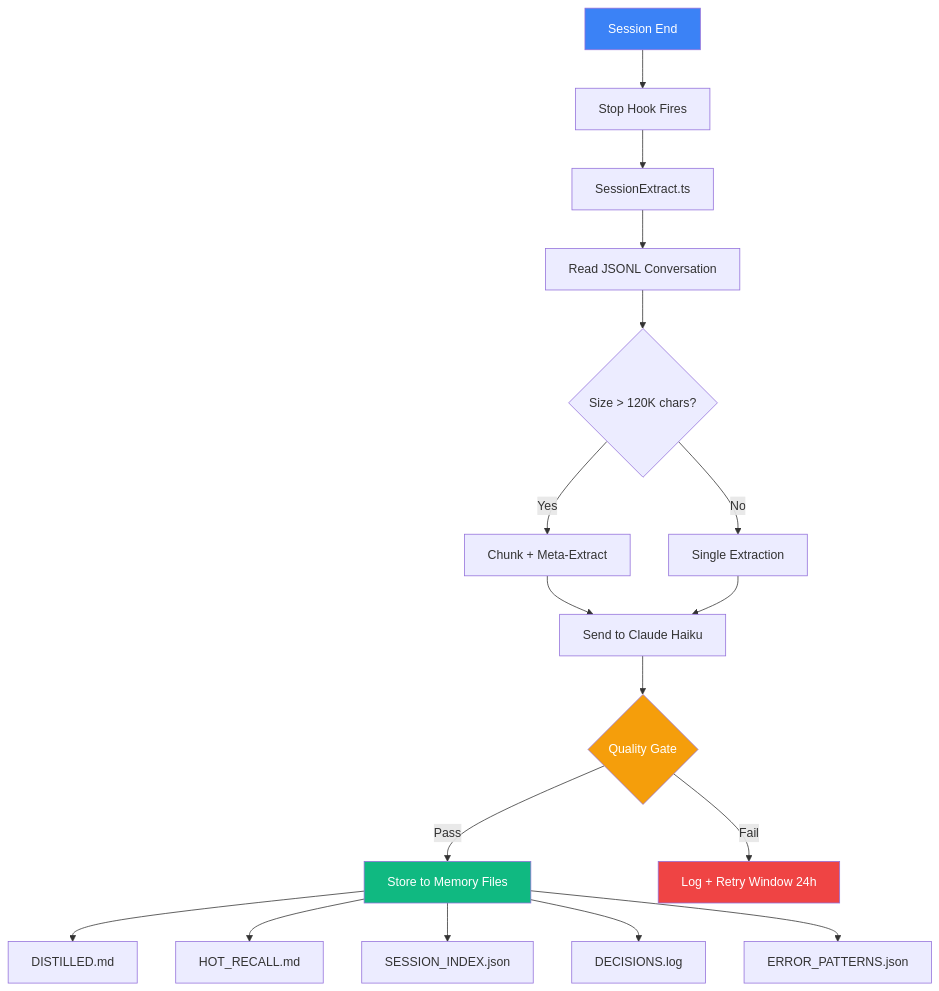
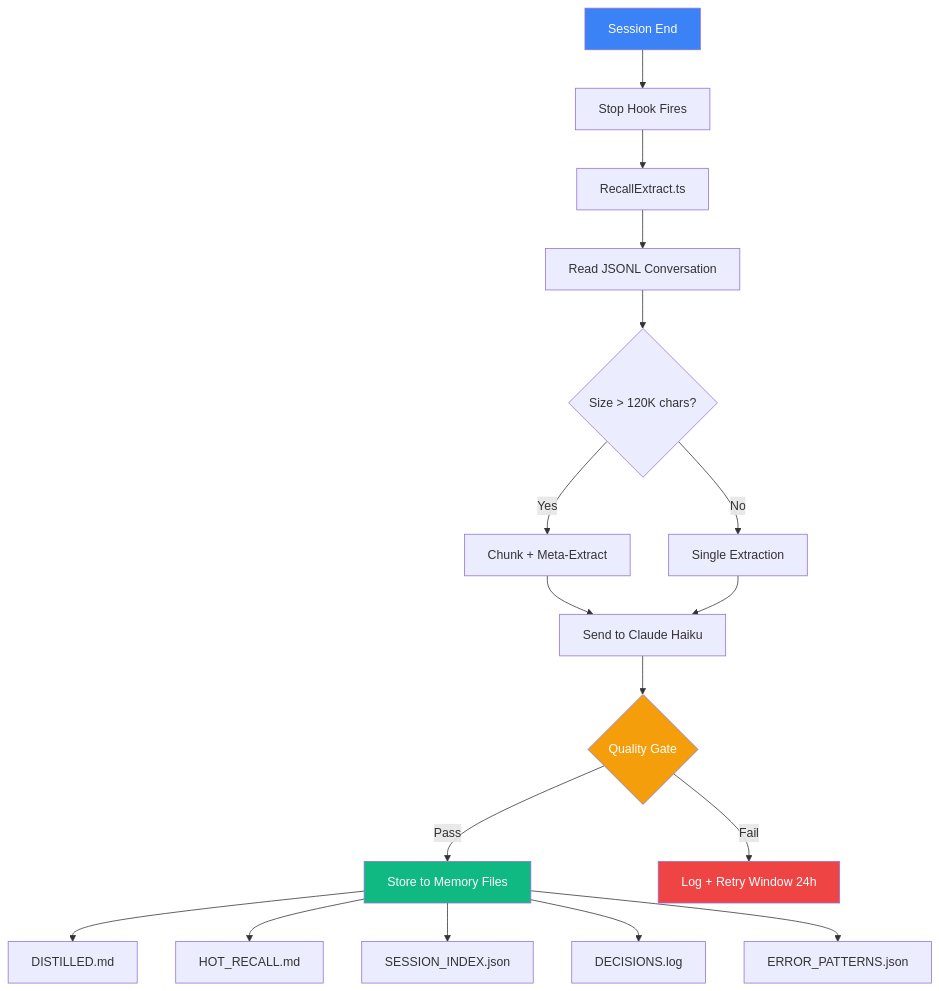
Before and after one commit to edheltzel/Recall: the second of 2 diagrams in docs/architecture.md, drawn with Mermaid. The commit also changed other lines of this file and 67 other files, not shown here.

````diff
--- a/docs/architecture.md
+++ b/docs/architecture.md
@@ -104,24 +129,24 @@
 ```mermaid
 graph TD
     A[Session End] --> B[Stop Hook Fires]
-    B --> C[SessionExtract.ts]
+    B --> C[RecallExtract.ts]
     C --> D[Read JSONL Conversation]
     D --> E{Size > 120K chars?}
     E -->|Yes| F[Chunk + Meta-Extract]
     E -->|No| G[Single Extraction]
     F --> H[Send to Claude Haiku]
     G --> H
     H --> I{Quality Gate}
     I -->|Pass| J[Store to Memory Files]
     I -->|Fail| K[Log + Retry Window 24h]
     J --> L[DISTILLED.md]
     J --> M[HOT_RECALL.md]
     J --> N[SESSION_INDEX.json]
     J --> O[DECISIONS.log]
     J --> P[ERROR_PATTERNS.json]
 
     style A fill:#3B82F6,color:#fff
     style I fill:#F59E0B,color:#fff
     style J fill:#10B981,color:#fff
     style K fill:#EF4444,color:#fff
 ```
````
